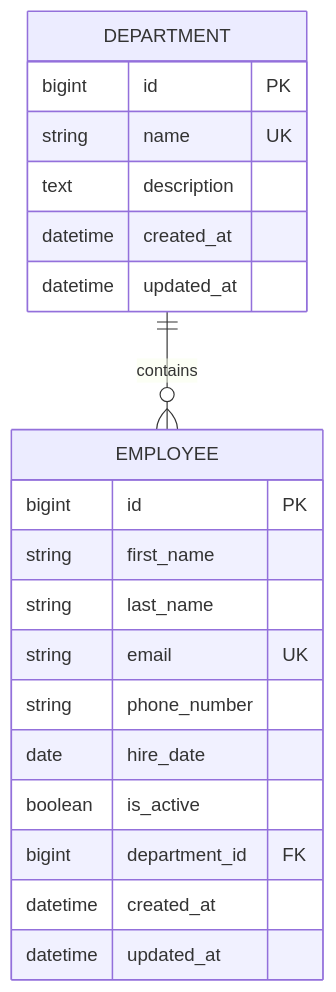
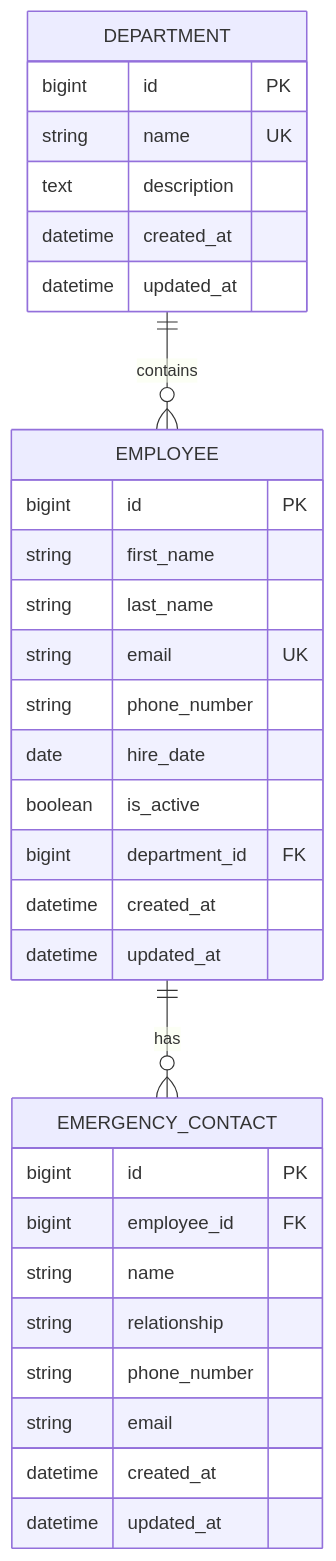
The second of 2 diagrams in README.md (zaidmoen/employee-management-api), drawn with Mermaid before and after one commit. The commit also changed other lines of this file and 3 other files, not shown here.

````diff
--- a/README.md
+++ b/README.md
@@ -40,23 +41,34 @@
 ```mermaid
 erDiagram
     DEPARTMENT ||--o{ EMPLOYEE : contains
+    EMPLOYEE ||--o{ EMERGENCY_CONTACT : has
     DEPARTMENT {
         bigint id PK
         string name UK
         text description
         datetime created_at
         datetime updated_at
     }
     EMPLOYEE {
         bigint id PK
         string first_name
         string last_name
         string email UK
         string phone_number
         date hire_date
         boolean is_active
         bigint department_id FK
         datetime created_at
         datetime updated_at
     }
+    EMERGENCY_CONTACT {
+        bigint id PK
+        bigint employee_id FK
+        string name
+        string relationship
+        string phone_number
+        string email
+        datetime created_at
+        datetime updated_at
+    }
 ```
````
